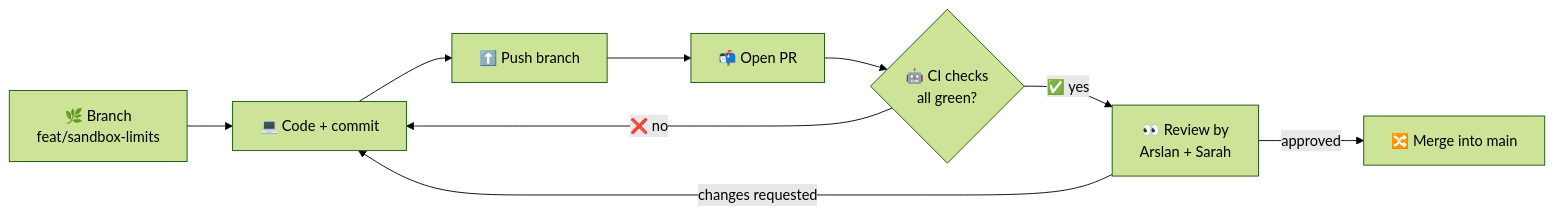
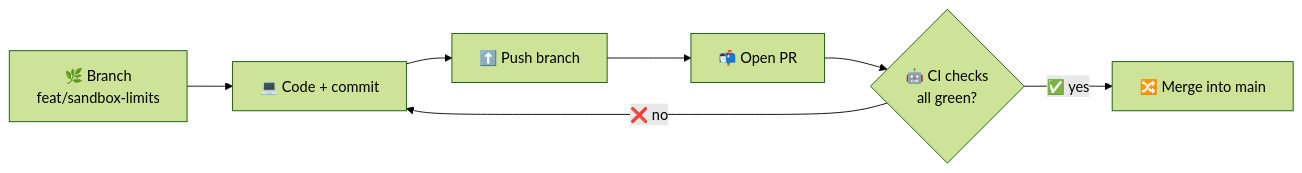
Before and after one commit to arslan-ahm/AgentGuard-The-Redteam-Agent-lablab.ai-project-: the second of 2 diagrams in README.md, drawn with Mermaid (forest theme). The commit also changed other lines of this file and 9 other files, not shown here.

````diff
--- a/README.md
+++ b/README.md
@@ -234,11 +234,9 @@
 ```mermaid
 flowchart LR
     A["🌿 Branch<br/>feat/sandbox-limits"] --> B["💻 Code + commit"]
     B --> C["⬆️ Push branch"]
     C --> D["📬 Open PR"]
     D --> E{"🤖 CI checks<br/>all green?"}
     E -- "❌ no" --> B
-    E -- "✅ yes" --> F["👀 Review by<br/>Arslan + Sarah"]
-    F -- "changes requested" --> B
-    F -- "approved" --> G["🔀 Merge into main"]
+    E -- "✅ yes" --> G["🔀 Merge into main"]
 ```
````
